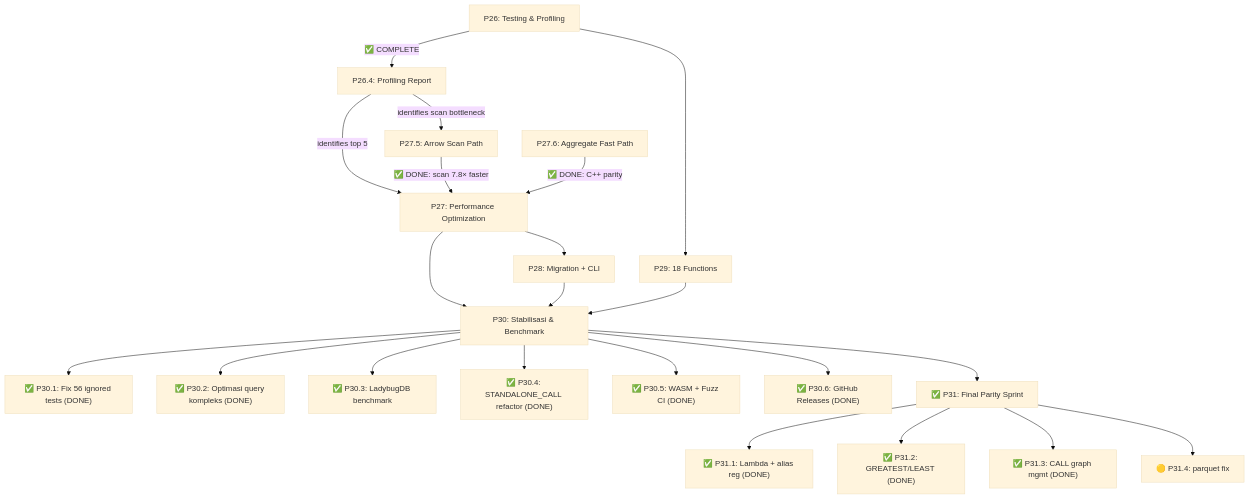
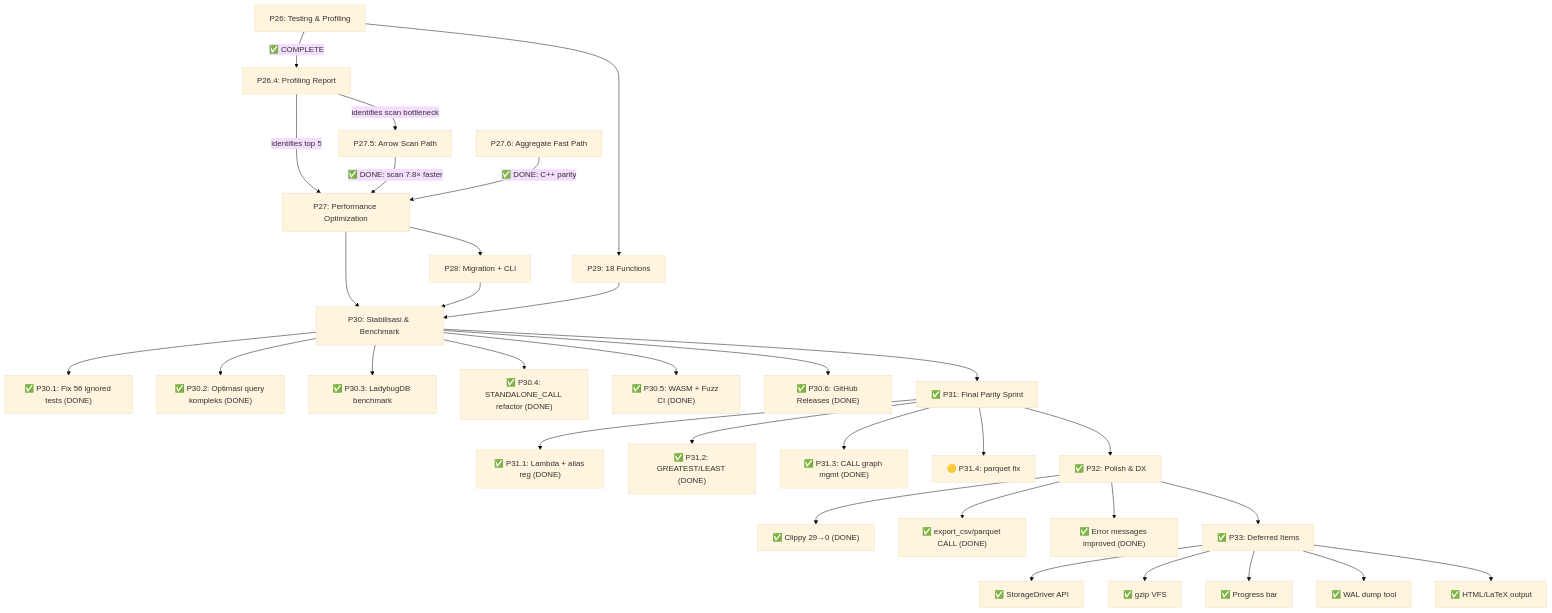
One commit to mlengse/akar changed the diagram in kuzu-core/implementation_plan.md. Above: the diagram before and after it, drawn with Mermaid (base theme). The commit also changed other lines of this file, not shown here.

Commit message:
feat: implement storage driver, gzip VFS, progress bar, and WAL dump tool

````diff
--- a/kuzu-core/implementation_plan.md
+++ b/kuzu-core/implementation_plan.md
@@ -556,24 +590,34 @@
 ```mermaid
 graph TD
     P26["P26: Testing & Profiling"] -->|✅ COMPLETE| P26_4["P26.4: Profiling Report"]
     P26_4 -->|identifies scan bottleneck| P27_5["P27.5: Arrow Scan Path"]
     P26_4 -->|identifies top 5| P27["P27: Performance Optimization"]
     P27_5 -->|✅ DONE: scan 7.8× faster| P27
     P27_6["P27.6: Aggregate Fast Path"] -->|✅ DONE: C++ parity| P27
     P27 --> P28["P28: Migration + CLI"]
     P26 --> P29["P29: 18 Functions"]
     P27 --> P30["P30: Stabilisasi & Benchmark"]
     P28 --> P30
     P29 --> P30
     P30 --> P30_1["✅ P30.1: Fix 56 ignored tests (DONE)"]
     P30 --> P30_2["✅ P30.2: Optimasi query kompleks (DONE)"]
     P30 --> P30_3["✅ P30.3: LadybugDB benchmark"]
     P30 --> P30_4["✅ P30.4: STANDALONE_CALL refactor (DONE)"]
     P30 --> P30_5["✅ P30.5: WASM + Fuzz CI (DONE)"]
     P30 --> P30_6["✅ P30.6: GitHub Releases (DONE)"]
     P30 --> P31["✅ P31: Final Parity Sprint"]
     P31 --> P31_1["✅ P31.1: Lambda + alias reg (DONE)"]
     P31 --> P31_2["✅ P31.2: GREATEST/LEAST (DONE)"]
     P31 --> P31_3["✅ P31.3: CALL graph mgmt (DONE)"]
     P31 --> P31_4["🟡 P31.4: parquet fix"]
+    P31 --> P32["✅ P32: Polish & DX"]
+    P32 --> P32_1["✅ Clippy 29→0 (DONE)"]
+    P32 --> P32_2["✅ export_csv/parquet CALL (DONE)"]
+    P32 --> P32_3["✅ Error messages improved (DONE)"]
+    P32 --> P33["✅ P33: Deferred Items"]
+    P33 --> P33_1["✅ StorageDriver API"]
+    P33 --> P33_2["✅ gzip VFS"]
+    P33 --> P33_3["✅ Progress bar"]
+    P33 --> P33_4["✅ WAL dump tool"]
+    P33 --> P33_5["✅ HTML/LaTeX output"]
 ```
````
